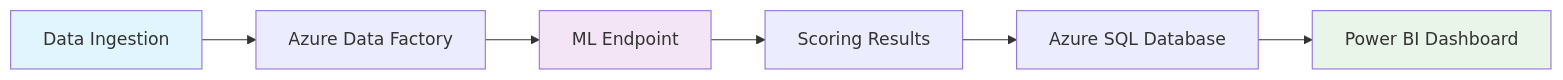
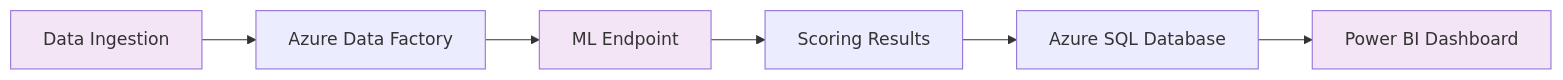
The diagram in readme.md (ganesh447/customer-churn-prediction), drawn with Mermaid before and after one commit. The commit also changed other lines of this file, not shown here.

````diff
--- a/readme.md
+++ b/readme.md
@@ -59,12 +57,12 @@
 ```mermaid
 graph LR
     A[Data Ingestion] --> B[Azure Data Factory]
     B --> C[ML Endpoint]
     C --> D[Scoring Results]
     D --> E[Azure SQL Database]
     E --> F[Power BI Dashboard]
     
-    style A fill:#e1f5fe
+    style A fill:#f3e5f5
     style C fill:#f3e5f5
-    style F fill:#e8f5e8
+    style F fill:#f3e5f5
 ```
````
